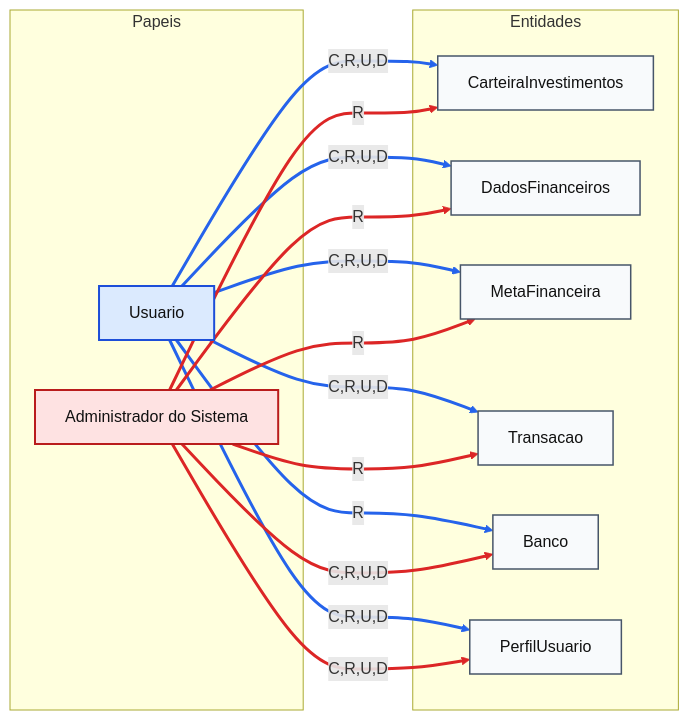
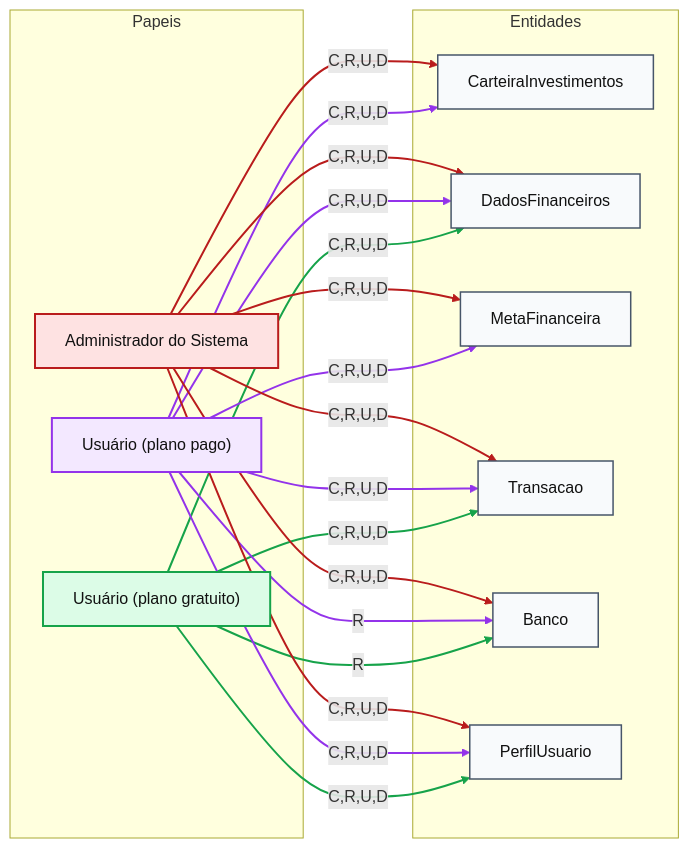
The diagram in documentation/diagramas-e-matrizes-do-projeto/scripts-mermaid/matriz-crud.md (BolsoDireitoTeam/BolsoDireito), drawn with Mermaid before and after one commit. The commit also changed other lines of this file and 10 other files, not shown here.

````diff
--- a/documentation/diagramas-e-matrizes-do-projeto/scripts-mermaid/matriz-crud.md
+++ b/documentation/diagramas-e-matrizes-do-projeto/scripts-mermaid/matriz-crud.md
@@ -12,57 +13,74 @@
 ```mermaid
 flowchart LR
   %% Papeis
   subgraph PAP["Papeis"]
-    U["Usuario"]
+    UG["Usuário (plano gratuito)"]
+    UP["Usuário (plano pago)"]
     A["Administrador do Sistema"]
   end
 
   %% Entidades
   subgraph ENT["Entidades"]
     CI["CarteiraInvestimentos"]
     DF["DadosFinanceiros"]
     MF["MetaFinanceira"]
     TR["Transacao"]
     BC["Banco"]
     PU["PerfilUsuario"]
   end
 
-  %% Permissoes - Usuario
-  U -->|C,R,U,D| CI
-  U -->|C,R,U,D| DF
-  U -->|C,R,U,D| MF
-  U -->|C,R,U,D| TR
-  U -->|R| BC
-  U -->|C,R,U,D| PU
+  %% Permissoes - Usuario Gratuito
+  UG -->|C,R,U,D| DF
+  UG -->|C,R,U,D| TR
+  UG -->|R| BC
+  UG -->|C,R,U,D| PU
+
+  %% Permissoes - Usuario Pago
+  UP -->|C,R,U,D| CI
+  UP -->|C,R,U,D| DF
+  UP -->|C,R,U,D| MF
+  UP -->|C,R,U,D| TR
+  UP -->|R| BC
+  UP -->|C,R,U,D| PU
 
   %% Permissoes - Administrador do Sistema
-  A -->|R| CI
-  A -->|R| DF
-  A -->|R| MF
-  A -->|R| TR
+  A -->|C,R,U,D| CI
+  A -->|C,R,U,D| DF
+  A -->|C,R,U,D| MF
+  A -->|C,R,U,D| TR
   A -->|C,R,U,D| BC
   A -->|C,R,U,D| PU
 
   %% Estilo visual
-  classDef usuario fill:#dbeafe,stroke:#1d4ed8,stroke-width:2px,color:#111;
+  classDef usufree fill:#dcfce7,stroke:#16a34a,stroke-width:2px,color:#111;
+  classDef usupago fill:#f3e8ff,stroke:#9333ea,stroke-width:2px,color:#111;
   classDef admin fill:#fee2e2,stroke:#b91c1c,stroke-width:2px,color:#111;
   classDef entidade fill:#f8fafc,stroke:#475569,stroke-width:1.5px,color:#111;
 
-  class U usuario;
+  class UG usufree;
+  class UP usupago;
   class A admin;
   class CI,DF,MF,TR,BC,PU entidade;
 
-  %% Links 0-5: Usuario | Links 6-11: Administrador
-  linkStyle 0 stroke:#2563eb,stroke-width:3px;
-  linkStyle 1 stroke:#2563eb,stroke-width:3px;
-  linkStyle 2 stroke:#2563eb,stroke-width:3px;
-  linkStyle 3 stroke:#2563eb,stroke-width:3px;
-  linkStyle 4 stroke:#2563eb,stroke-width:3px;
-  linkStyle 5 stroke:#2563eb,stroke-width:3px;
-  linkStyle 6 stroke:#dc2626,stroke-width:3px;
-  linkStyle 7 stroke:#dc2626,stroke-width:3px;
-  linkStyle 8 stroke:#dc2626,stroke-width:3px;
-  linkStyle 9 stroke:#dc2626,stroke-width:3px;
-  linkStyle 10 stroke:#dc2626,stroke-width:3px;
-  linkStyle 11 stroke:#dc2626,stroke-width:3px;
+  %% Links 0-3: Usuario Gratuito
+  linkStyle 0 stroke:#16a34a,stroke-width:2px;
+  linkStyle 1 stroke:#16a34a,stroke-width:2px;
+  linkStyle 2 stroke:#16a34a,stroke-width:2px;
+  linkStyle 3 stroke:#16a34a,stroke-width:2px;
+
+  %% Links 4-9: Usuario Pago
+  linkStyle 4 stroke:#9333ea,stroke-width:2px;
+  linkStyle 5 stroke:#9333ea,stroke-width:2px;
+  linkStyle 6 stroke:#9333ea,stroke-width:2px;
+  linkStyle 7 stroke:#9333ea,stroke-width:2px;
+  linkStyle 8 stroke:#9333ea,stroke-width:2px;
+  linkStyle 9 stroke:#9333ea,stroke-width:2px;
+
+  %% Links 10-15: Administrador do Sistema
+  linkStyle 10 stroke:#b91c1c,stroke-width:2px;
+  linkStyle 11 stroke:#b91c1c,stroke-width:2px;
+  linkStyle 12 stroke:#b91c1c,stroke-width:2px;
+  linkStyle 13 stroke:#b91c1c,stroke-width:2px;
+  linkStyle 14 stroke:#b91c1c,stroke-width:2px;
+  linkStyle 15 stroke:#b91c1c,stroke-width:2px;
 ```
````
